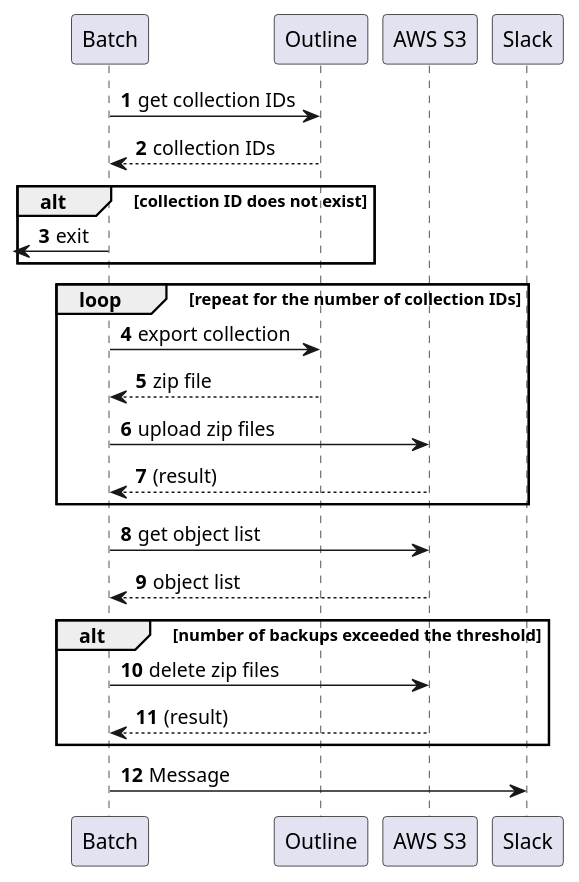
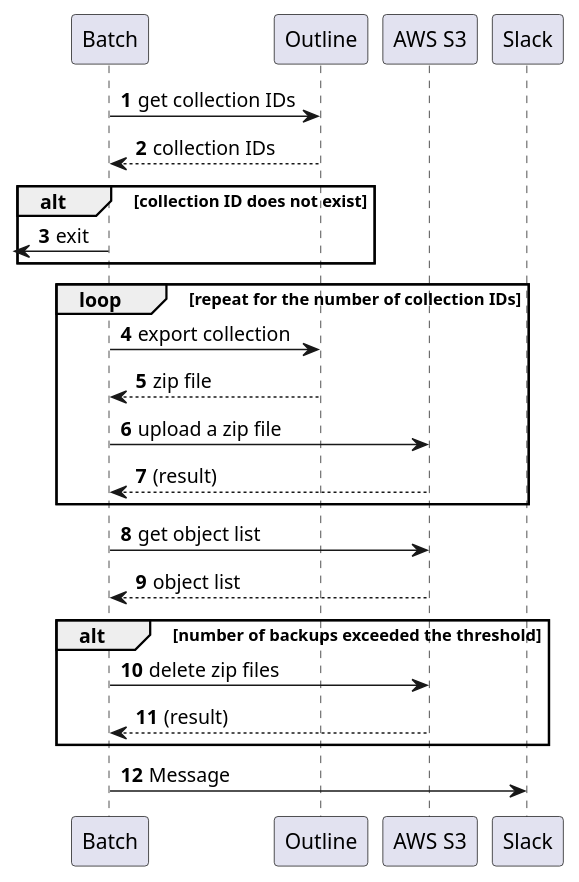
One commit to swallowarc/outline-backuper changed the diagram in docs/sequence.puml. Above: the diagram before and after it, drawn with PlantUML. The commit also changed 1 other file, not shown here.

Commit message:
fix sequence diagram

```diff
--- a/docs/sequence.puml
+++ b/docs/sequence.puml
@@ -1,34 +1,34 @@
 @startuml
 'https://plantuml.com/sequence-diagram
 
 autonumber
 Participant Batch as batch
 Participant Outline as outline
 Participant "AWS S3" as s3
 Participant Slack as slack
 
 batch -> outline: get collection IDs
 outline --> batch: collection IDs
 
 alt collection ID does not exist
     batch ->[: exit
 end
 
 loop repeat for the number of collection IDs
     batch -> outline: export collection
     outline --> batch: zip file
-    batch -> s3: upload zip files
+    batch -> s3: upload a zip file
     s3 --> batch: (result)
 end
 
 batch -> s3: get object list
 s3 --> batch: object list
 
 alt number of backups exceeded the threshold
     batch -> s3: delete zip files
     s3 --> batch: (result)
 end
 
 batch -> slack: Message
 
 @enduml
```
